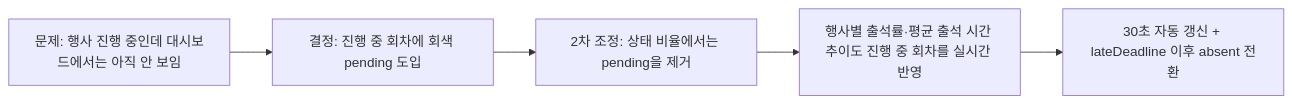
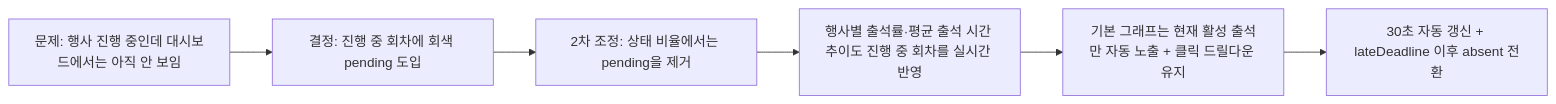
The diagram in docs/History/026_관리자_출석현황_실시간_pending표시_및_출석상태비율_회기준_운영기록_2026-03-31.md (cloud-club/CloudClubAttendanceSystem), drawn with Mermaid before and after one commit. The commit also changed other lines of this file and 7 other files, not shown here.

````diff
--- a/docs/History/026_관리자_출석현황_실시간_pending표시_및_출석상태비율_회기준_운영기록_2026-03-31.md
+++ b/docs/History/026_관리자_출석현황_실시간_pending표시_및_출석상태비율_회기준_운영기록_2026-03-31.md
@@ -6,7 +6,8 @@
 ```mermaid
 flowchart LR
   A["문제: 행사 진행 중인데 대시보드에서는 아직 안 보임"] --> B["결정: 진행 중 회차에 회색 pending 도입"]
   B --> C["2차 조정: 상태 비율에서는 pending을 제거"]
   C --> D["행사별 출석률·평균 출석 시간 추이도 진행 중 회차를 실시간 반영"]
-  D --> E["30초 자동 갱신 + lateDeadline 이후 absent 전환"]
+  D --> E["기본 그래프는 현재 활성 출석만 자동 노출 + 클릭 드릴다운 유지"]
+  E --> F["30초 자동 갱신 + lateDeadline 이후 absent 전환"]
 ```
````
